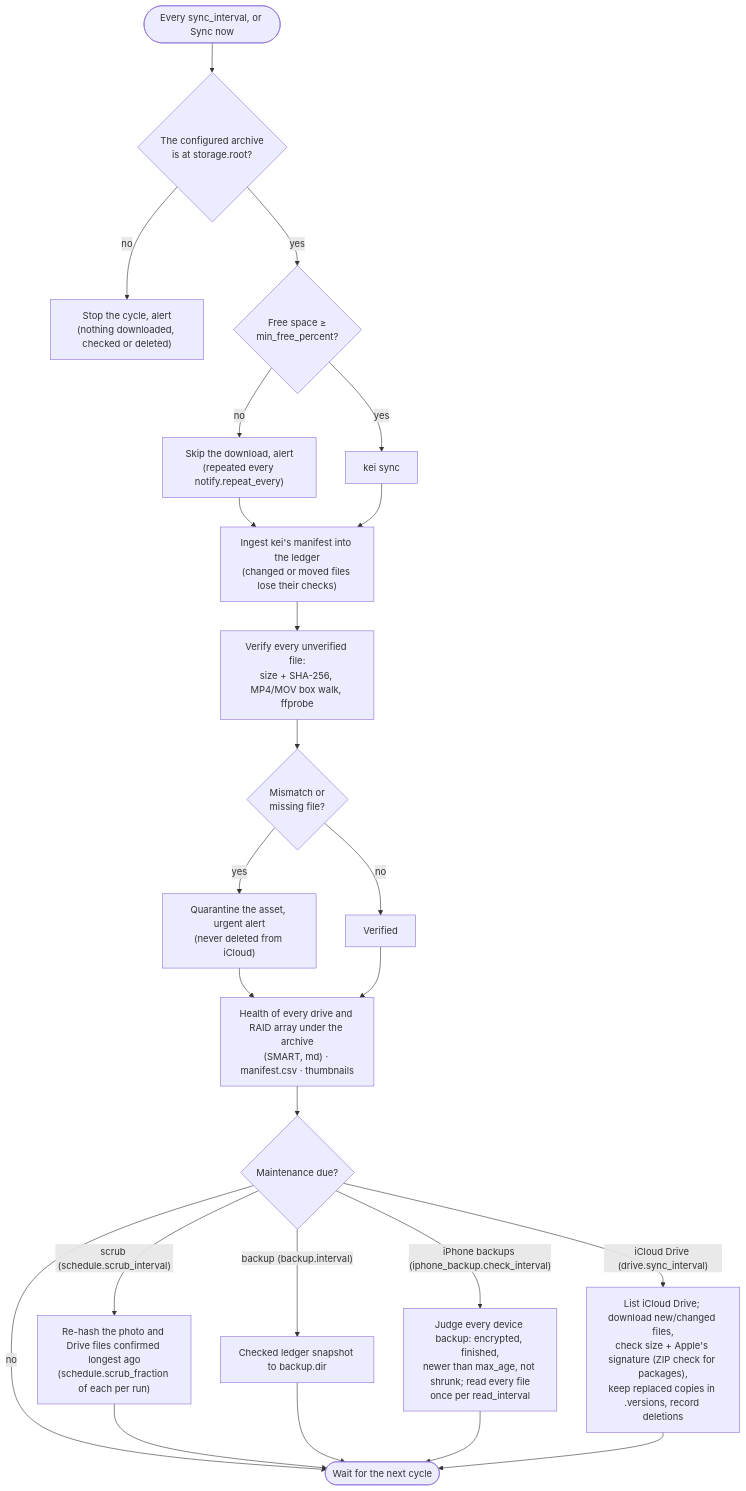
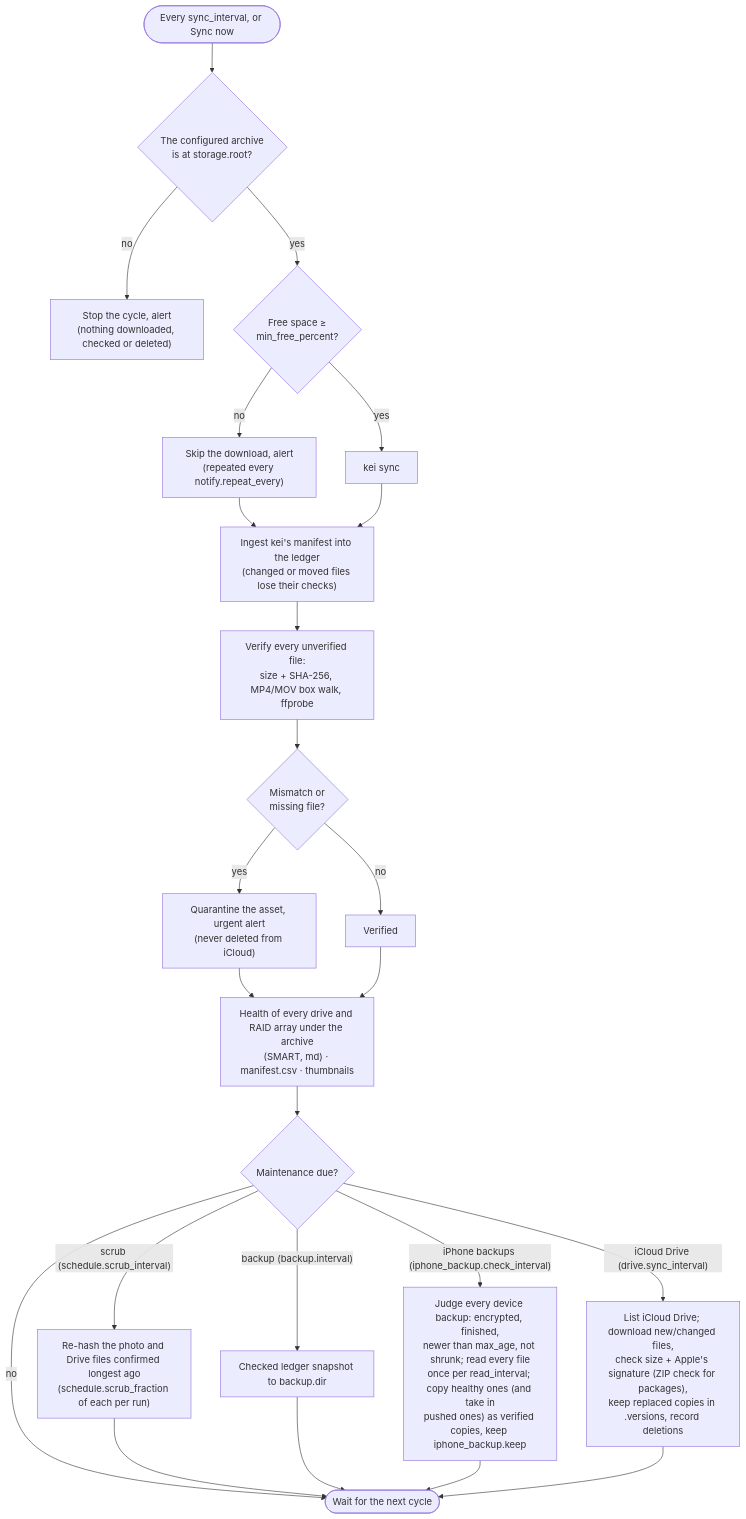
Before and after one commit to vasilistotskas/homecloud: the second of 2 diagrams in README.md, drawn with Mermaid. The commit also changed other lines of this file and 44 other files, not shown here.

First line of the commit message:
feat: keep verified copies of iPhone backups, and push them from another computer

````diff
--- a/README.md
+++ b/README.md
@@ -85,26 +90,26 @@
 ```mermaid
 flowchart TD
     start(["Every sync_interval, or Sync now"]) --> vol{"The configured archive<br/>is at storage.root?"}
     vol -- no --> stop["Stop the cycle, alert<br/>(nothing downloaded, checked or deleted)"]
     vol -- yes --> space{"Free space ≥<br/>min_free_percent?"}
     space -- no --> skip["Skip the download, alert<br/>(repeated every notify.repeat_every)"]
     space -- yes --> kei["kei sync"]
     skip --> ingest
     kei --> ingest["Ingest kei's manifest into the ledger<br/>(changed or moved files lose their checks)"]
     ingest --> verify["Verify every unverified file:<br/>size + SHA-256, MP4/MOV box walk, ffprobe"]
     verify --> bad{"Mismatch or<br/>missing file?"}
     bad -- yes --> q["Quarantine the asset, urgent alert<br/>(never deleted from iCloud)"]
     bad -- no --> ok["Verified"]
     q --> after
     ok --> after["Health of every drive and RAID array under the archive<br/>(SMART, md) · manifest.csv · thumbnails"]
     after --> due{"Maintenance due?"}
     due -- "scrub (schedule.scrub_interval)" --> scrub["Re-hash the photo and Drive files confirmed longest ago<br/>(schedule.scrub_fraction of each per run)"]
     due -- "iCloud Drive (drive.sync_interval)" --> dsync["List iCloud Drive; download new/changed files,<br/>check size + Apple's signature (ZIP check for packages),<br/>keep replaced copies in .versions, record deletions"]
     due -- "backup (backup.interval)" --> snap["Checked ledger snapshot to backup.dir"]
-    due -- "iPhone backups (iphone_backup.check_interval)" --> phone["Judge every device backup: encrypted, finished,<br/>newer than max_age, not shrunk; read every file<br/>once per read_interval"]
+    due -- "iPhone backups (iphone_backup.check_interval)" --> phone["Judge every device backup: encrypted, finished,<br/>newer than max_age, not shrunk; read every file<br/>once per read_interval; copy healthy ones (and take in<br/>pushed ones) as verified copies, keep iphone_backup.keep"]
     due -- no --> wait(["Wait for the next cycle"])
     scrub --> wait
     snap --> wait
     phone --> wait
     dsync --> wait
 ```
````
